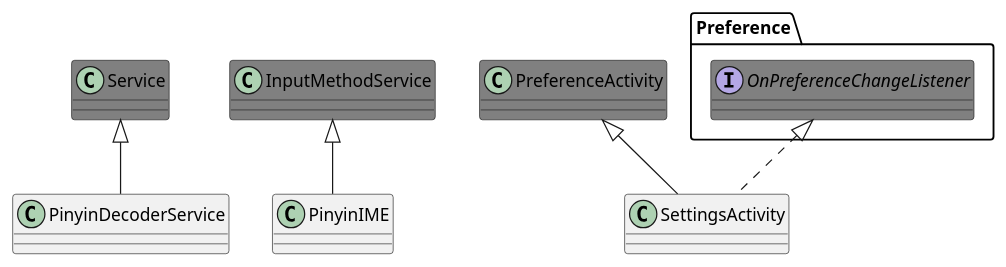
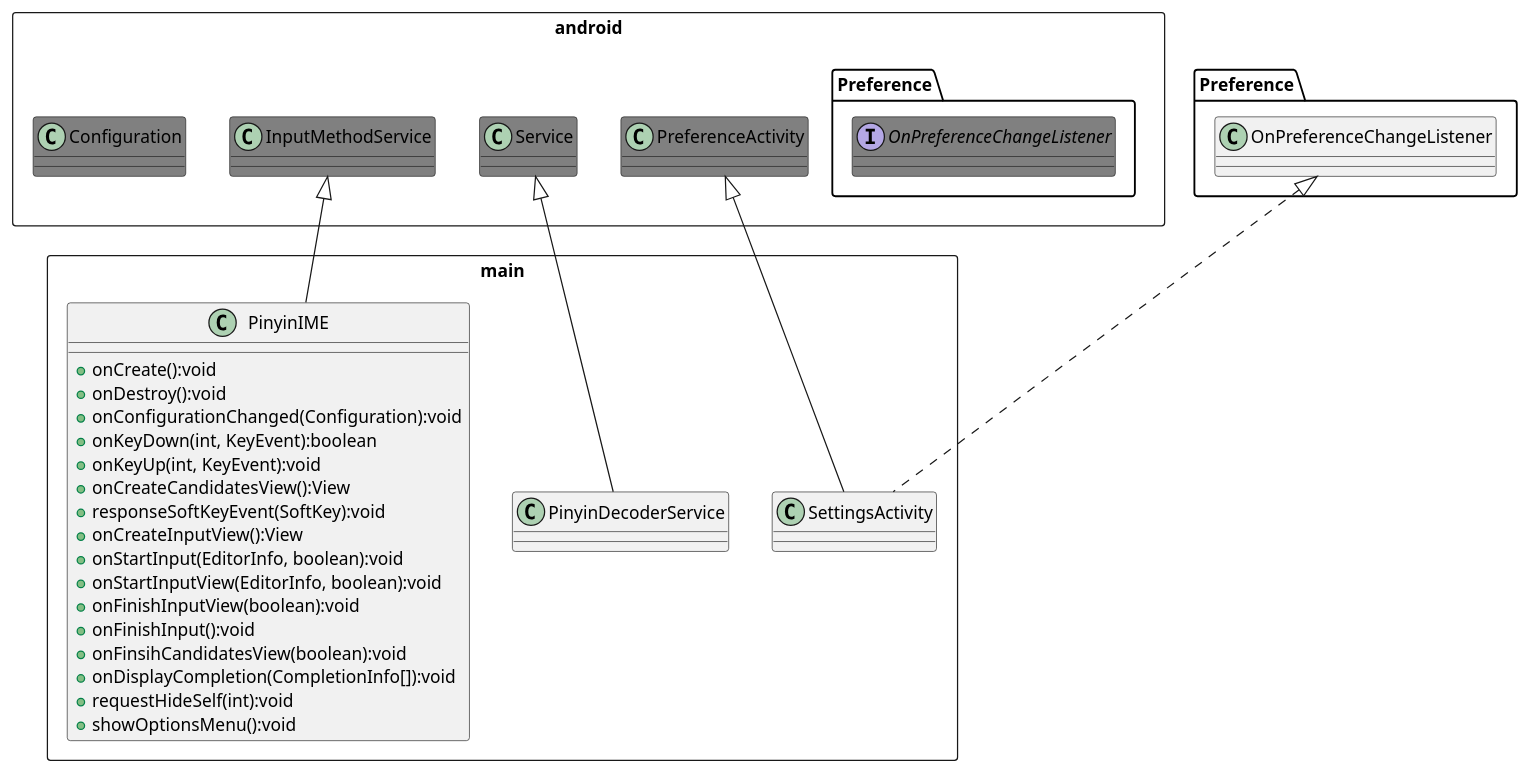
Before and after one commit to inputmethod/PinyinIME: the diagram in app/app_classes.puml, drawn with PlantUML.

Commit message:
update plant uml class diagraph

```diff
--- a/app/app_classes.puml
+++ b/app/app_classes.puml
@@ -9,23 +9,45 @@
 @startuml
 ' Android framework interfaces/classes
-
+package android <<Rectangle>> {
 interface Preference.OnPreferenceChangeListener #gray
 
 class Service #gray
 class InputMethodService #gray
 class PreferenceActivity #gray
 
+class Configuration #gray
+}
+
 ' interfaces/classes
+package main <<Rectangle>> {
 class PinyinDecoderService
-class PinyinIME
+class PinyinIME {
+    +onCreate():void
+    +onDestroy():void
+    +onConfigurationChanged(Configuration):void
+    +onKeyDown(int, KeyEvent):boolean
+    +onKeyUp(int, KeyEvent):void
+    +onCreateCandidatesView():View
+    +responseSoftKeyEvent(SoftKey):void
+    +onCreateInputView():View
+    +onStartInput(EditorInfo, boolean):void
+    +onStartInputView(EditorInfo, boolean):void
+    +onFinishInputView(boolean):void
+    +onFinishInput():void
+    +onFinsihCandidatesView(boolean):void
+    +onDisplayCompletion(CompletionInfo[]):void
+    +requestHideSelf(int):void
+    +showOptionsMenu():void
+}
 class SettingsActivity
+}
 
 ' relationship
 ' inheritance
 Service <|-- PinyinDecoderService
 InputMethodService <|-- PinyinIME
 PreferenceActivity <|-- SettingsActivity
 Preference.OnPreferenceChangeListener <|.. SettingsActivity
 ' decomposition
 
 @enduml
```
